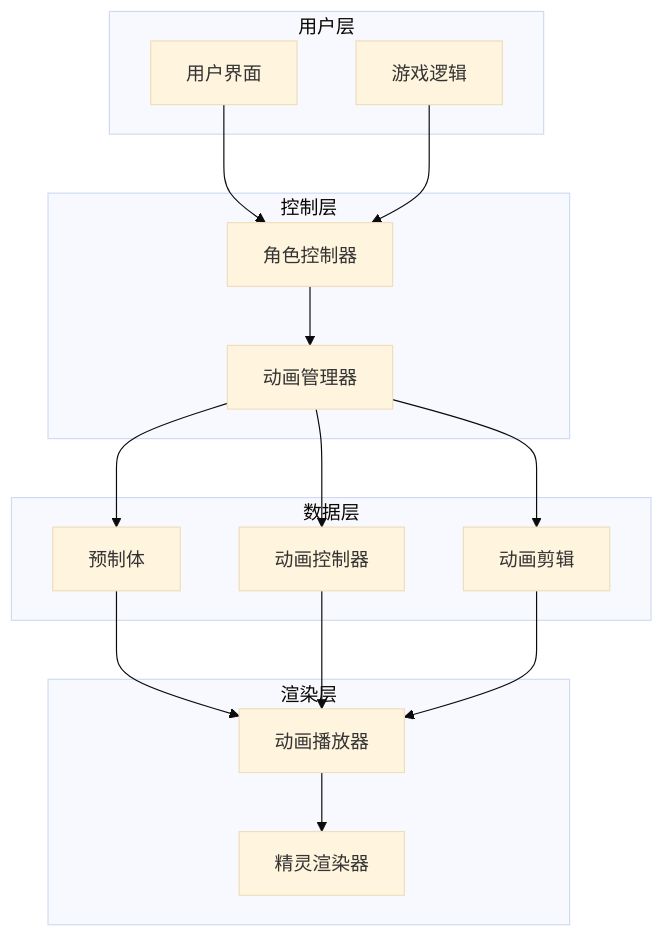
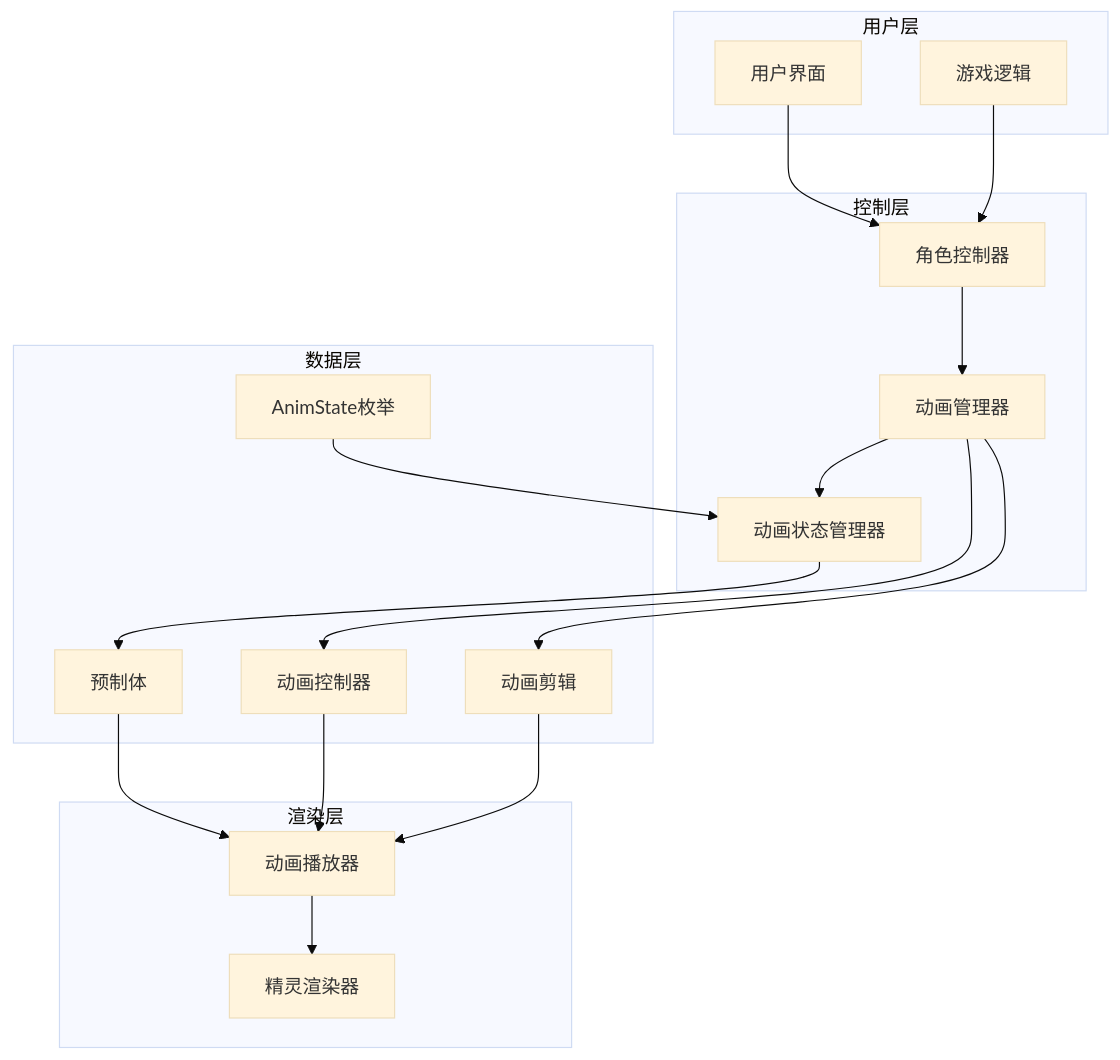
Before and after one commit to Tuusen/p1_client: the third of 10 diagrams in .qoder/repowiki/zh/content/资源管理系统/动画资源配置.md, drawn with Mermaid (base theme). The commit also changed other lines of this file and 9 other files, not shown here.

````diff
--- a/.qoder/repowiki/zh/content/资源管理系统/动画资源配置.md
+++ b/.qoder/repowiki/zh/content/资源管理系统/动画资源配置.md
@@ -134,30 +147,34 @@
 ```mermaid
 graph TB
 subgraph "用户层"
 UI[用户界面]
 GameLogic[游戏逻辑]
 end
 subgraph "控制层"
 CharacterController[角色控制器]
 AnimationManager[动画管理器]
+AnimStateManager[动画状态管理器]
 end
 subgraph "数据层"
 Prefab[预制体]
 Controller[动画控制器]
 Clip[动画剪辑]
+AnimState[AnimState枚举]
 end
 subgraph "渲染层"
 SpriteRenderer[精灵渲染器]
 Animator[动画播放器]
 end
 UI --> CharacterController
 GameLogic --> CharacterController
 CharacterController --> AnimationManager
-AnimationManager --> Prefab
+AnimationManager --> AnimStateManager
+AnimStateManager --> Prefab
 AnimationManager --> Controller
 AnimationManager --> Clip
 Prefab --> Animator
 Controller --> Animator
 Clip --> Animator
+AnimState --> AnimStateManager
 Animator --> SpriteRenderer
 ```
````
